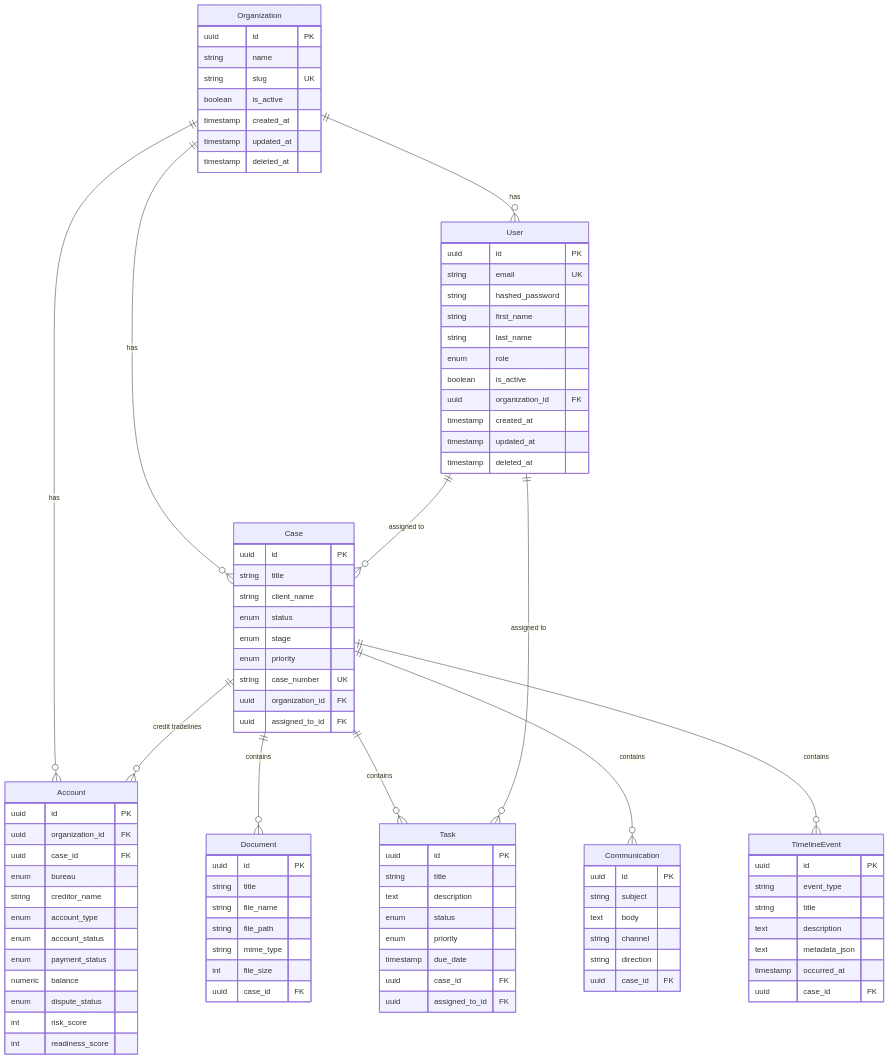
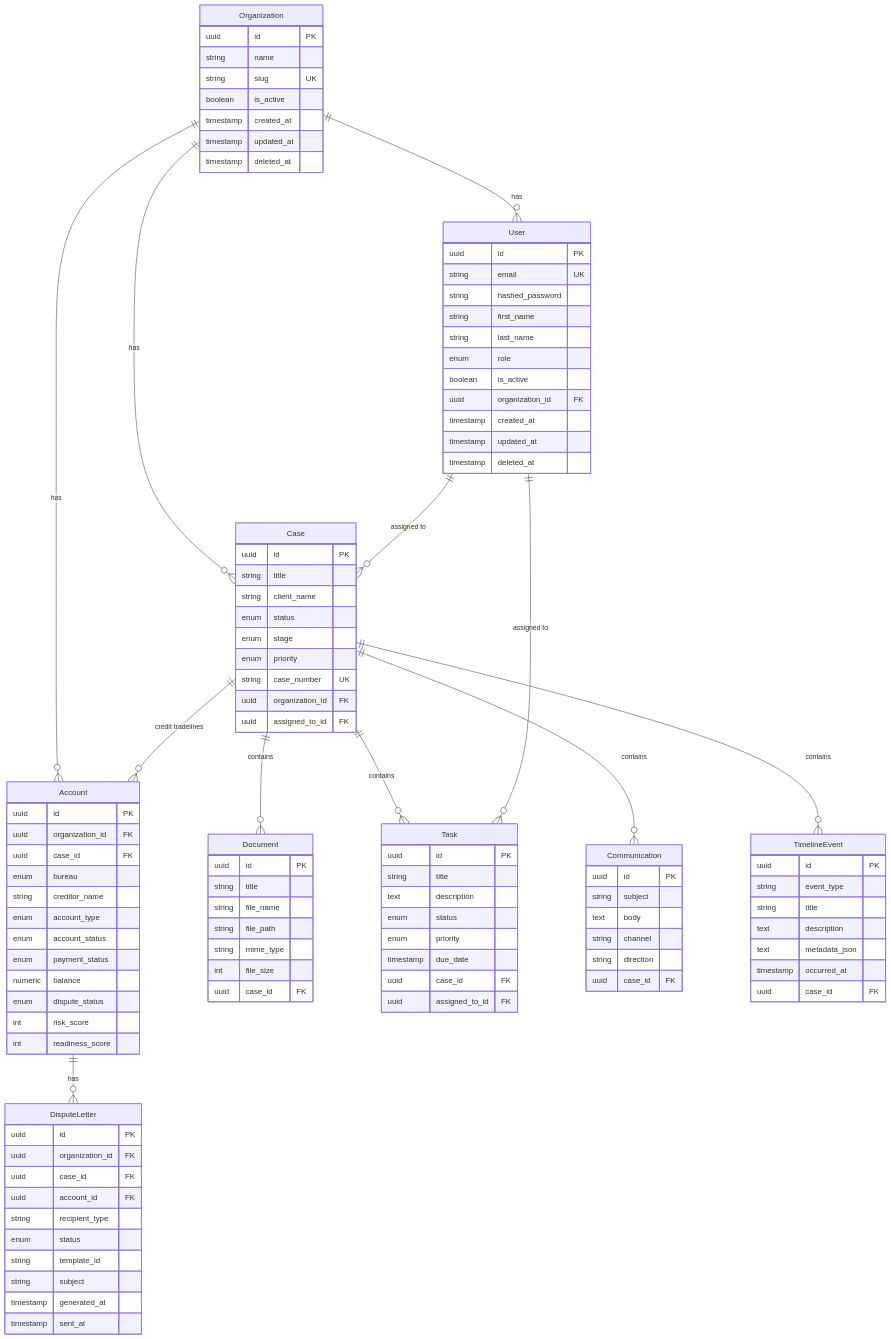
Before and after one commit to EncompassMSP-LLC/verdin-credit-platform: the diagram in docs/database/erd.md, drawn with Mermaid. The commit also changed 15 other files, not shown here.

First line of the commit message:
feat(accounts): persist dispute letter drafts

```diff
--- a/docs/database/erd.md
+++ b/docs/database/erd.md
@@ -8,6 +8,7 @@
     Organization ||--o{ Case : has
     Organization ||--o{ Account : has
     Case ||--o{ Account : "credit tradelines"
+    Account ||--o{ DisputeLetter : has
     User ||--o{ Case : "assigned to"
     Case ||--o{ Document : contains
     Case ||--o{ Task : contains
@@ -52,6 +53,19 @@
         enum dispute_status
         int risk_score
         int readiness_score
+    }
+
+    DisputeLetter {
+        uuid id PK
+        uuid organization_id FK
+        uuid case_id FK
+        uuid account_id FK
+        string recipient_type
+        enum status
+        string template_id
+        string subject
+        timestamp generated_at
+        timestamp sent_at
     }
 
     Case {
```
